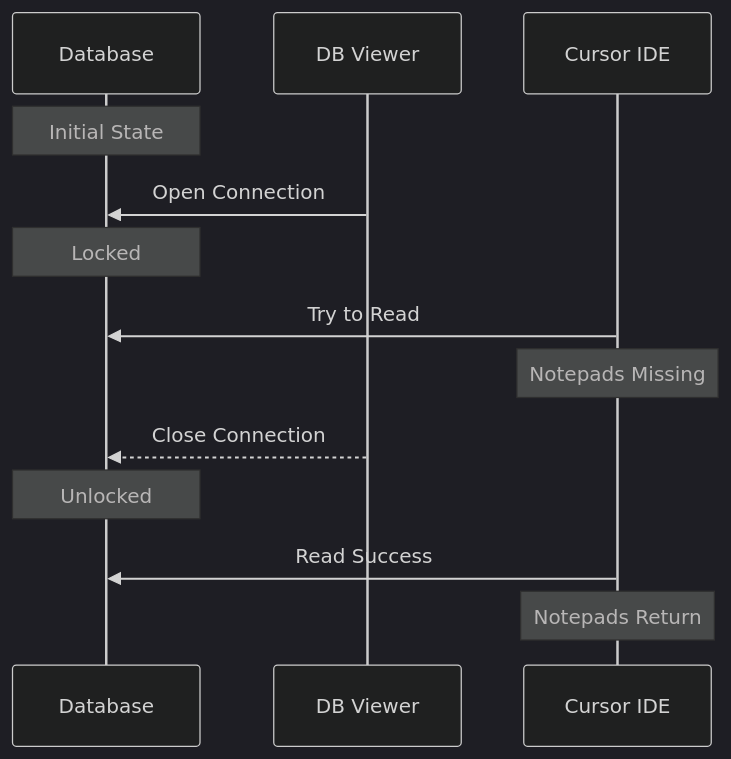
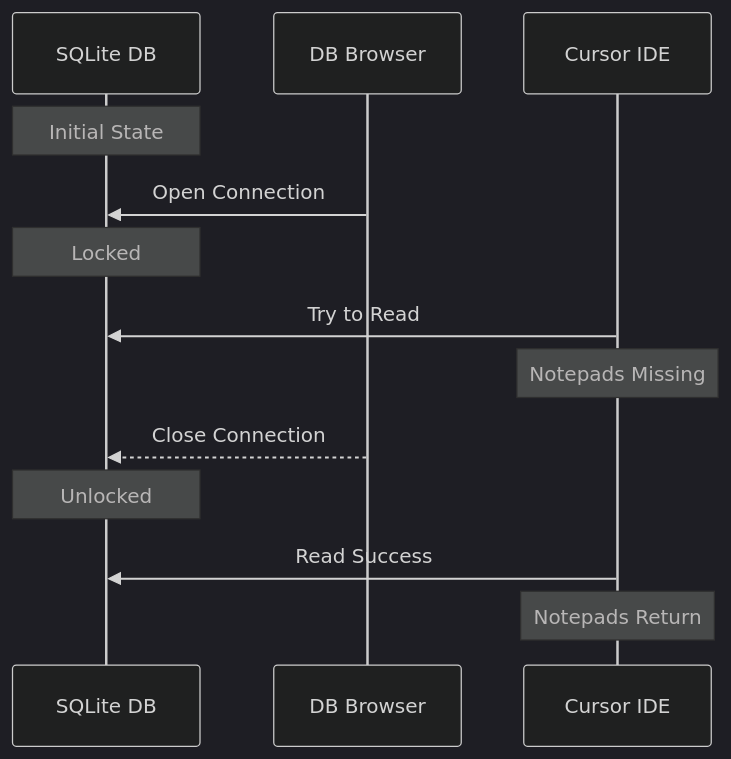
Before and after one commit to dougwithseismic/cursor-tools: the third of 3 diagrams in docs/articles/cursor-notepads-deep-dive.md, drawn with Mermaid (dark theme). The commit also changed other lines of this file, not shown here.

Commit message:
docs: fix mermaid diagram parse error

````diff
--- a/docs/articles/cursor-notepads-deep-dive.md
+++ b/docs/articles/cursor-notepads-deep-dive.md
@@ -179,16 +179,16 @@
 ```mermaid
 sequenceDiagram
-    participant DB as Database
-    participant Viewer as DB Viewer
+    participant DB as SQLite DB
+    participant Viewer as DB Browser
     participant Cursor as Cursor IDE
     
     Note over DB: Initial State
     Viewer->>DB: Open Connection
     Note over DB: Locked
     Cursor->>DB: Try to Read
     Note over Cursor: Notepads Missing
     Viewer-->>DB: Close Connection
     Note over DB: Unlocked
     Cursor->>DB: Read Success
     Note over Cursor: Notepads Return
 ```
````
